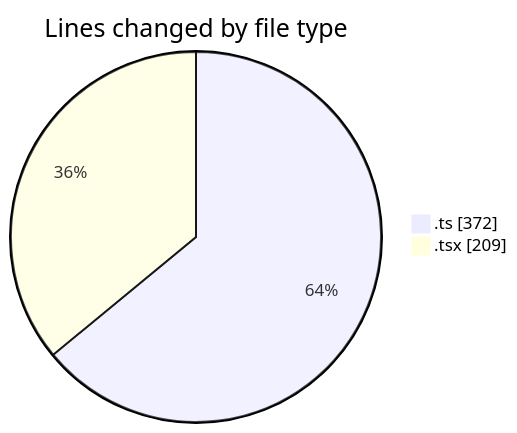
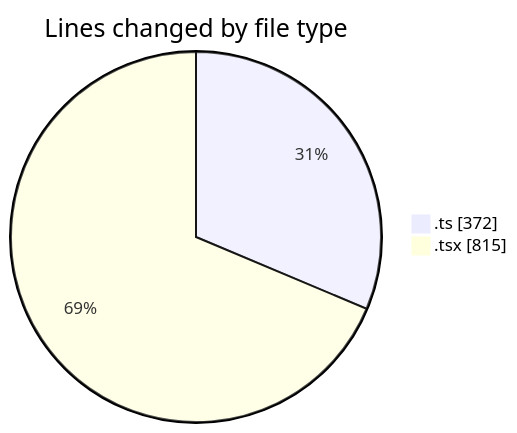
Before and after one commit to robertbonfada/code-tracking: the first of 2 diagrams in 2025-02-25/mbc-web/README.md, drawn with Mermaid. The commit also changed other lines of this file and 1 other file, not shown here.

````diff
--- a/2025-02-25/mbc-web/README.md
+++ b/2025-02-25/mbc-web/README.md
@@ -22,6 +23,6 @@
 ```mermaid
 pie showData
 title Lines changed by file type
 ".ts" : 372
-".tsx" : 209
+".tsx" : 815
 ```
````
